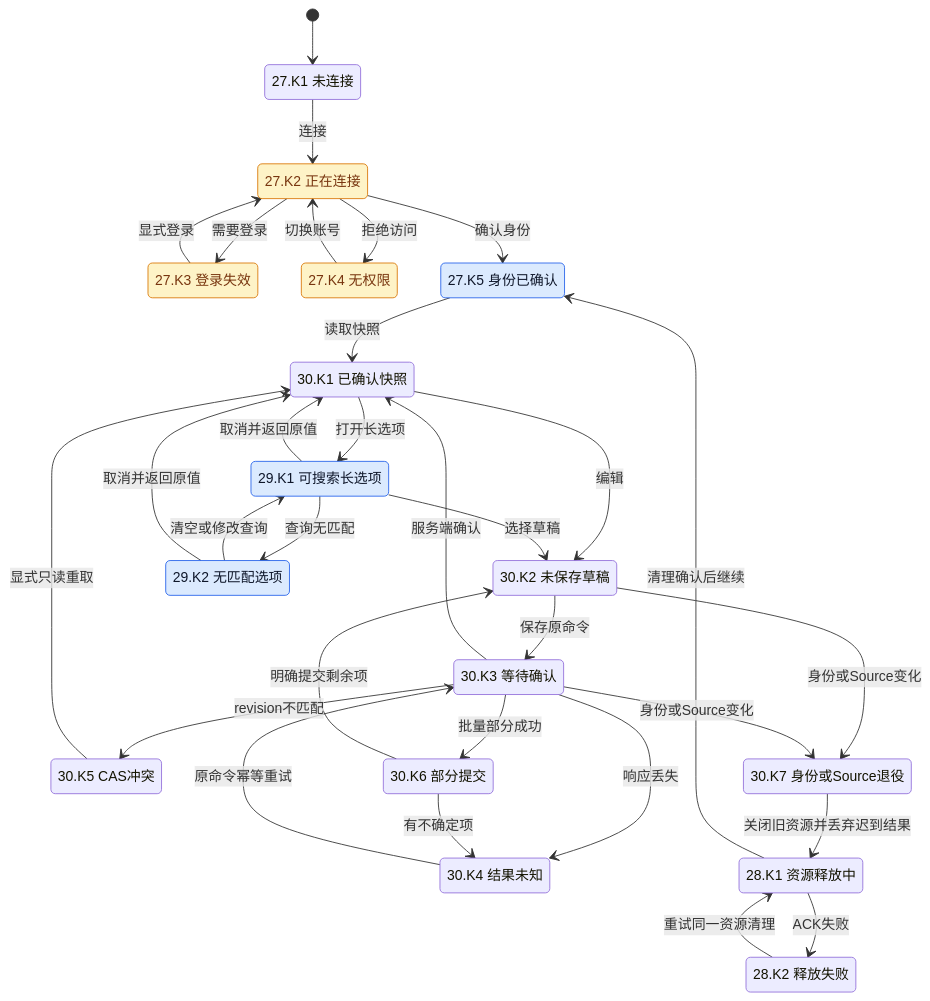
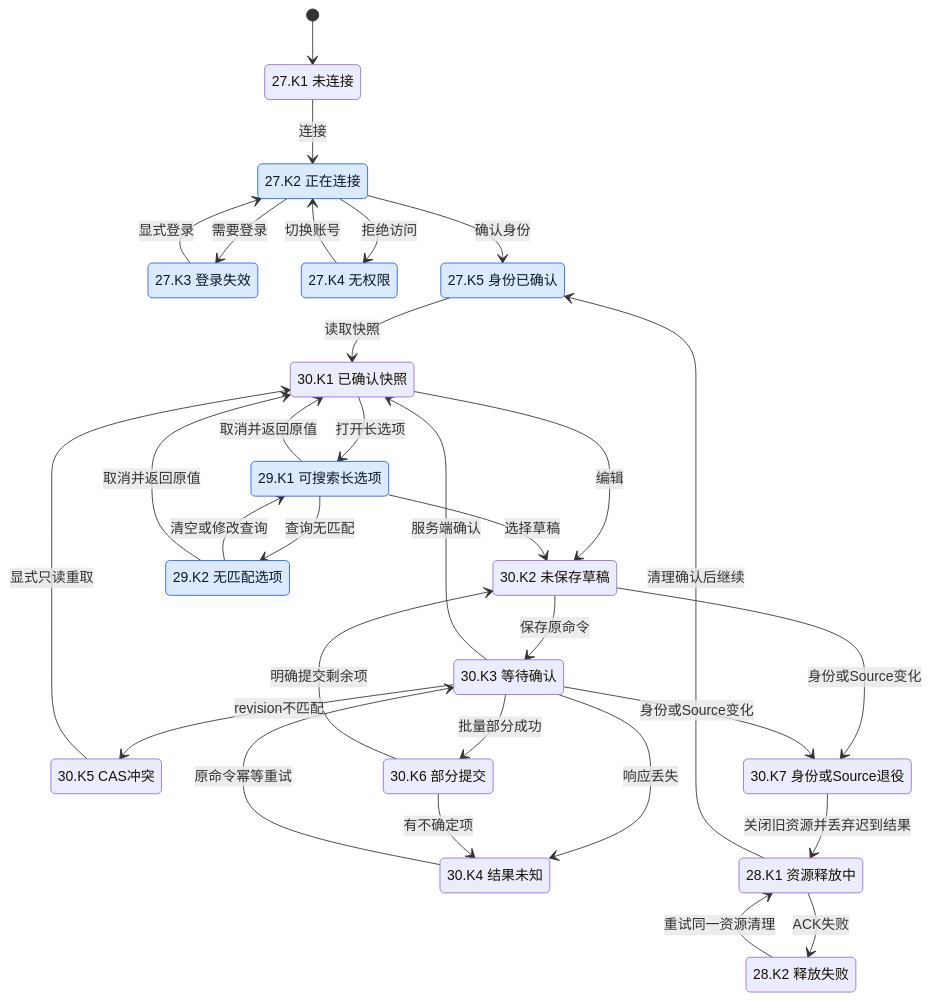
Before and after one commit to Wybxc/karuyomi: the seventh of 21 diagrams in docs/verification/mihon-state-coverage.md, drawn with Mermaid. The commit also changed other lines of this file and 9 other files, not shown here.

````diff
--- a/docs/verification/mihon-state-coverage.md
+++ b/docs/verification/mihon-state-coverage.md
@@ -813,53 +813,51 @@
 ```mermaid
 stateDiagram-v2
     [*] --> K0
     state "27.K1 未连接" as K0
     state "27.K2 正在连接" as K1
     state "27.K3 登录失效" as K2
     state "27.K4 无权限" as K3
     state "27.K5 身份已确认" as K4
     state "30.K1 已确认快照" as K5
     state "30.K2 未保存草稿" as K6
     state "30.K3 等待确认" as K7
     state "30.K4 结果未知" as K8
     state "30.K5 CAS冲突" as K9
     state "30.K6 部分提交" as K10
     state "30.K7 身份或Source退役" as K11
     state "28.K1 资源释放中" as K12
     state "28.K2 释放失败" as K13
     state "29.K1 可搜索长选项" as Q0
     state "29.K2 无匹配选项" as Q1
     K0 --> K1: 连接
     K1 --> K2: 需要登录
     K1 --> K3: 拒绝访问
     K1 --> K4: 确认身份
     K2 --> K1: 显式登录
     K3 --> K1: 切换账号
     K4 --> K5: 读取快照
     K5 --> K6: 编辑
     K6 --> K7: 保存原命令
     K7 --> K5: 服务端确认
     K7 --> K8: 响应丢失
     K8 --> K7: 原命令幂等重试
     K7 --> K9: revision不匹配
     K9 --> K5: 显式只读重取
     K7 --> K10: 批量部分成功
     K10 --> K8: 有不确定项
     K10 --> K6: 明确提交剩余项
     K6 --> K11: 身份或Source变化
     K7 --> K11: 身份或Source变化
     K11 --> K12: 关闭旧资源并丢弃迟到结果
     K12 --> K13: ACK失败
     K13 --> K12: 重试同一资源清理
     K12 --> K4: 清理确认后继续
     K5 --> Q0: 打开长选项
     Q0 --> Q1: 查询无匹配
     Q1 --> Q0: 清空或修改查询
     Q0 --> K6: 选择草稿
     Q0 --> K5: 取消并返回原值
     Q1 --> K5: 取消并返回原值
     classDef paired fill:#dbeafe,stroke:#2563eb,color:#0f172a
-    class K4,Q0,Q1 paired
-    classDef partial fill:#fef3c7,stroke:#d97706,color:#78350f
-    class K1,K2,K3 partial
+    class K1,K2,K3,K4,Q0,Q1 paired
 ```
````
